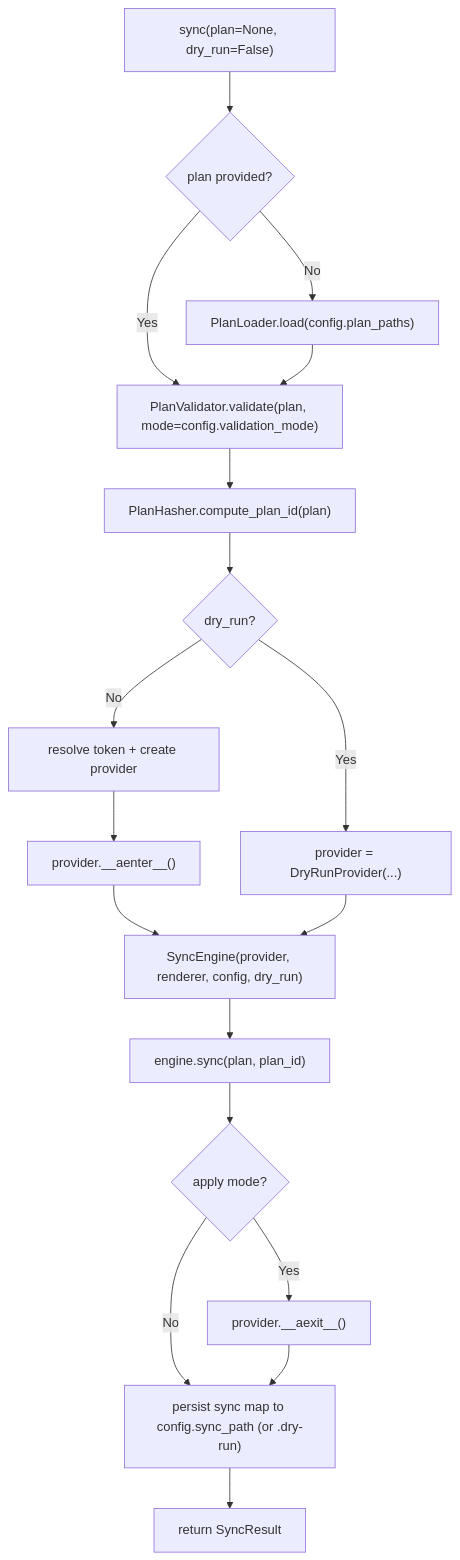
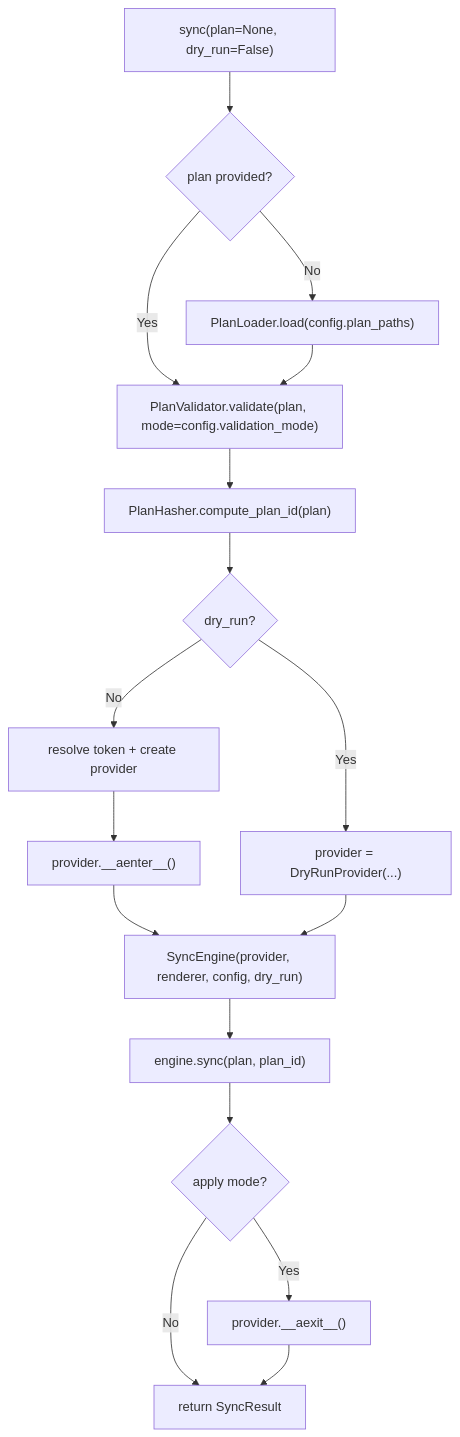
One commit to aryeko/planpilot changed the diagram in docs/modules/sdk.md. Above: the diagram before and after it, drawn with Mermaid. The commit also changed other lines of this file and 276 other files, not shown here.

````diff
--- a/docs/modules/sdk.md
+++ b/docs/modules/sdk.md
@@ -40,20 +40,19 @@
 ```mermaid
 flowchart TB
     Start["sync(plan=None, dry_run=False)"] --> LoadPlan{"plan provided?"}
     LoadPlan -- No --> Load["PlanLoader.load(config.plan_paths)"]
     LoadPlan -- Yes --> Validate
     Load --> Validate["PlanValidator.validate(plan, mode=config.validation_mode)"]
     Validate --> Hash["PlanHasher.compute_plan_id(plan)"]
     Hash --> Mode{"dry_run?"}
     Mode -- Yes --> DryProv["provider = DryRunProvider(...)"]
     Mode -- No --> Auth["resolve token + create provider"]
     Auth --> Enter["provider.__aenter__()"]
     Enter --> Engine["SyncEngine(provider, renderer, config, dry_run)"]
     DryProv --> Engine
     Engine --> Run["engine.sync(plan, plan_id)"]
     Run --> Exit{"apply mode?"}
     Exit -- Yes --> ProviderExit["provider.__aexit__()"]
-    Exit -- No --> Persist["persist sync map to config.sync_path (or .dry-run)"]
-    ProviderExit --> Persist
-    Persist --> Return["return SyncResult"]
+    Exit -- No --> Return["return SyncResult"]
+    ProviderExit --> Return
 ```
````
